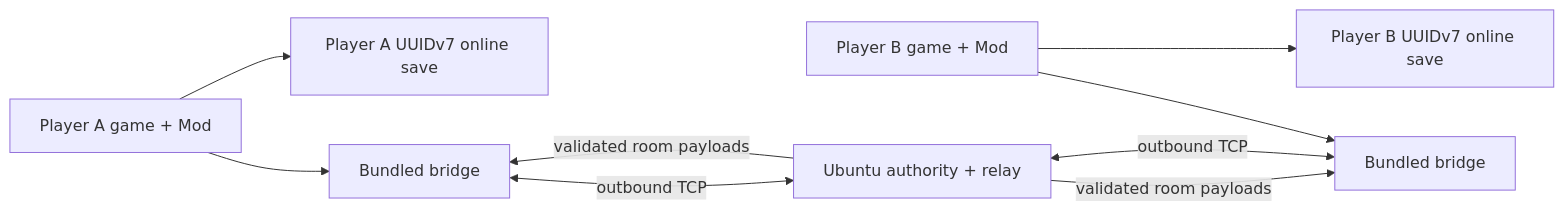
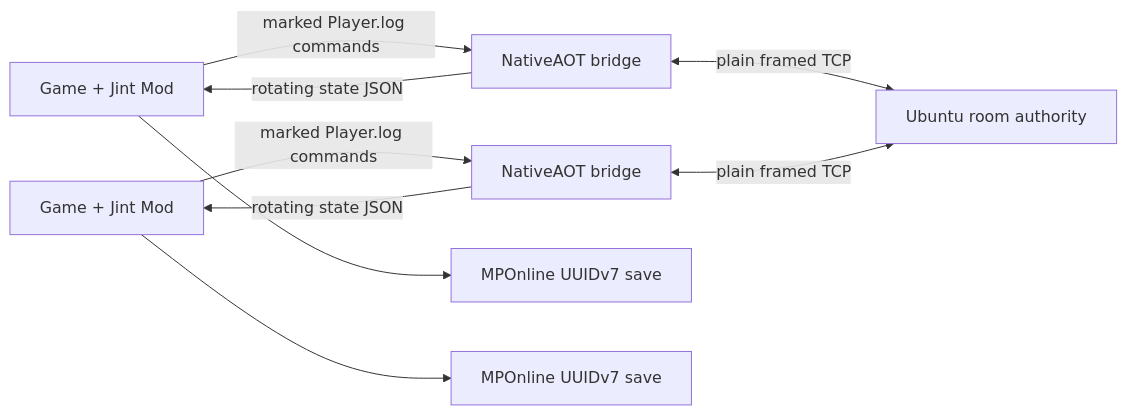
The first of 2 diagrams in docs/ARCHITECTURE.md (Sakura-QoQ/Multiplayer-Mod), drawn with Mermaid before and after one commit. The commit also changed other lines of this file and 45 other files, not shown here.

````diff
--- a/docs/ARCHITECTURE.md
+++ b/docs/ARCHITECTURE.md
@@ -11,11 +7,11 @@
 ```mermaid
 flowchart LR
-    PlayerA[Player A game + Mod] --> PlayerABridge[Bundled bridge]
-    PlayerB[Player B game + Mod] --> PlayerBBridge[Bundled bridge]
-    PlayerABridge <-->|outbound TCP| Server[Ubuntu authority + relay]
-    PlayerBBridge <-->|outbound TCP| Server
-    PlayerA --> PlayerASave[Player A UUIDv7 online save]
-    PlayerB --> PlayerBSave[Player B UUIDv7 online save]
-    Server -->|validated room payloads| PlayerABridge
-    Server -->|validated room payloads| PlayerBBridge
+    GameA[Game + Jint Mod] -->|marked Player.log commands| BridgeA[NativeAOT bridge]
+    BridgeA -->|rotating state JSON| GameA
+    GameB[Game + Jint Mod] -->|marked Player.log commands| BridgeB[NativeAOT bridge]
+    BridgeB -->|rotating state JSON| GameB
+    BridgeA <-->|plain framed TCP| Server[Ubuntu room authority]
+    BridgeB <-->|plain framed TCP| Server
+    GameA --> SaveA[MPOnline UUIDv7 save]
+    GameB --> SaveB[MPOnline UUIDv7 save]
 ```
````
